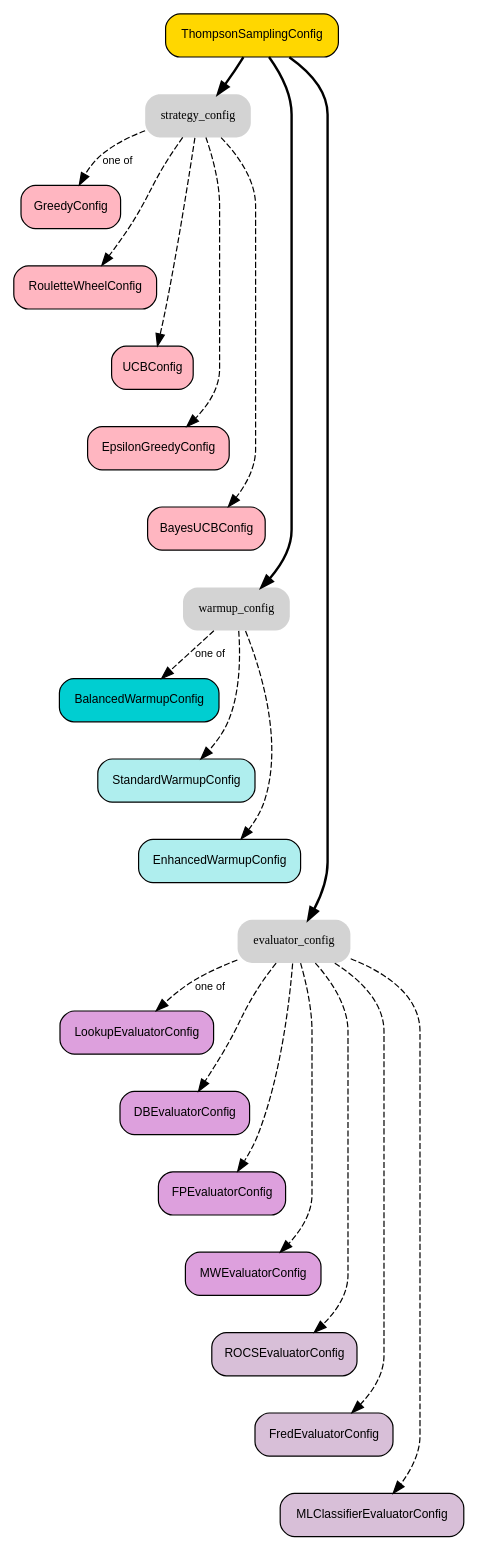
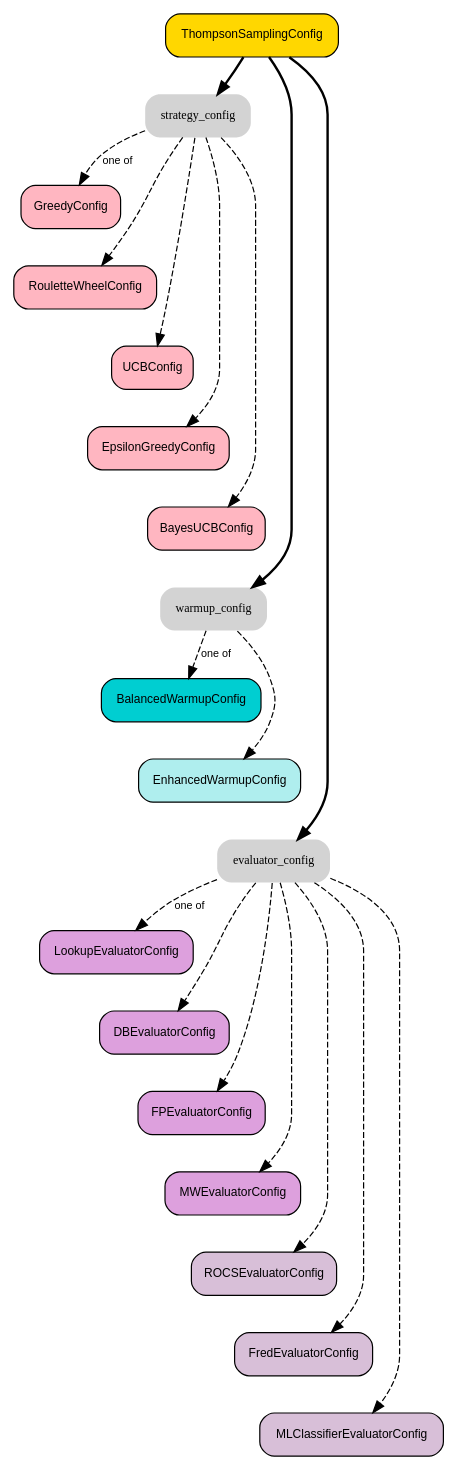
Before and after one commit to aakankschit/TACTICS: the diagram in docs/source/configuration.rst, drawn with Graphviz. The commit also changed other lines of this file and 11 other files, not shown here.

```diff
--- a/docs/source/configuration.rst
+++ b/docs/source/configuration.rst
@@ -35,7 +35,6 @@
         
         // Warmup configs - stacked vertically
         BalancedWarmupConfig [label="BalancedWarmupConfig", fillcolor="#00CED1"];
-        StandardWarmupConfig [label="StandardWarmupConfig", fillcolor="#AFEEEE"];
         EnhancedWarmupConfig [label="EnhancedWarmupConfig", fillcolor="#AFEEEE"];
 
         // Evaluator section header
@@ -59,8 +58,7 @@
         EpsilonGreedyConfig -> BayesUCBConfig [style=invis];
         BayesUCBConfig -> warmup_label [style=invis];
         warmup_label -> BalancedWarmupConfig [style=invis];
-        BalancedWarmupConfig -> StandardWarmupConfig [style=invis];
-        StandardWarmupConfig -> EnhancedWarmupConfig [style=invis];
+        BalancedWarmupConfig -> EnhancedWarmupConfig [style=invis];
         EnhancedWarmupConfig -> evaluator_label [style=invis];
         evaluator_label -> LookupEvaluatorConfig [style=invis];
         LookupEvaluatorConfig -> DBEvaluatorConfig [style=invis];
@@ -83,7 +81,6 @@
         strategy_label -> BayesUCBConfig [style=dashed];
 
         warmup_label -> BalancedWarmupConfig [style=dashed, label="one of"];
-        warmup_label -> StandardWarmupConfig [style=dashed];
         warmup_label -> EnhancedWarmupConfig [style=dashed];
 
         evaluator_label -> LookupEvaluatorConfig [style=dashed, label="one of"];
```
